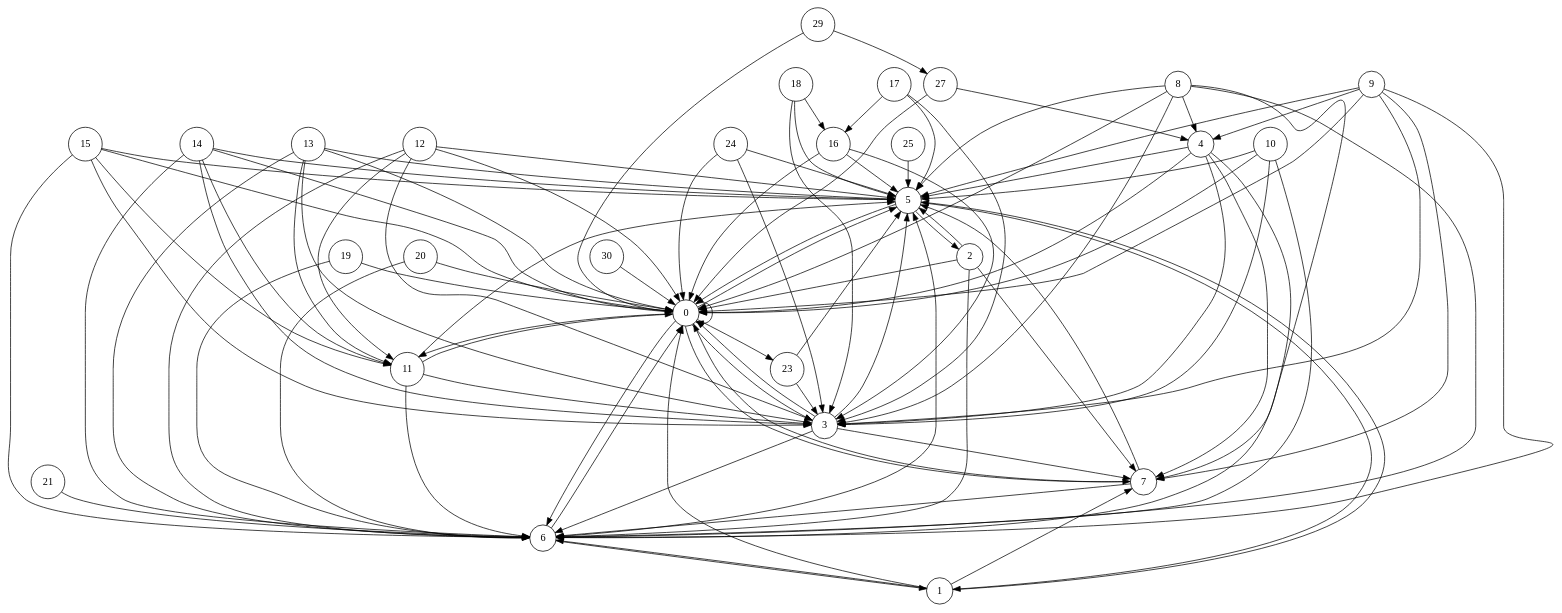
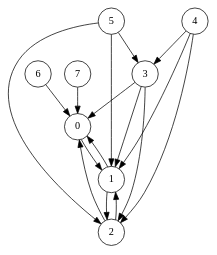
One commit to chris-wood/PL241-Compiler changed the diagram in project/caw001.txt.ig.dot. Above: the diagram before and after it, drawn with Graphviz. The commit also changed 7 other files, not shown here.

```diff
--- a/project/caw001.txt.ig.dot
+++ b/project/caw001.txt.ig.dot
@@ -1,101 +1,19 @@
 digraph interference_graph {
     node [shape = circle];
-25 -> 5;
-24 -> 3;
-24 -> 5;
-24 -> 0;
-0 -> 3;
-0 -> 5;
-0 -> 23;
-23 -> 3;
-23 -> 5;
-18 -> 16;
-18 -> 3;
-18 -> 5;
-17 -> 16;
-17 -> 3;
-17 -> 5;
-16 -> 0;
-16 -> 3;
-16 -> 5;
-12 -> 0;
-12 -> 3;
-12 -> 5;
-12 -> 11;
-0 -> 0;
-0 -> 11;
-21 -> 6;
-20 -> 0;
-20 -> 6;
-19 -> 0;
-19 -> 6;
-13 -> 0;
-13 -> 6;
-15 -> 0;
-15 -> 3;
-15 -> 5;
-15 -> 11;
-15 -> 6;
-14 -> 0;
-14 -> 3;
-14 -> 5;
-14 -> 11;
-14 -> 6;
-13 -> 3;
-13 -> 5;
-13 -> 11;
-12 -> 6;
-11 -> 0;
-11 -> 3;
-11 -> 5;
-11 -> 6;
-10 -> 0;
-10 -> 3;
-10 -> 5;
-10 -> 6;
+7 -> 0;
+6 -> 0;
 3 -> 0;
-3 -> 7;
-3 -> 5;
-3 -> 6;
+2 -> 1;
+2 -> 0;
+0 -> 1;
+5 -> 1;
+5 -> 2;
+5 -> 3;
+4 -> 1;
+4 -> 2;
+4 -> 3;
+3 -> 1;
+3 -> 2;
 1 -> 0;
-1 -> 7;
-1 -> 5;
-1 -> 6;
-0 -> 7;
-0 -> 6;
-30 -> 0;
-29 -> 0;
-29 -> 27;
-27 -> 4;
-27 -> 0;
-9 -> 0;
-9 -> 4;
-9 -> 3;
-9 -> 7;
-9 -> 5;
-9 -> 6;
-8 -> 0;
-8 -> 4;
-8 -> 3;
-8 -> 7;
-8 -> 5;
-8 -> 6;
-4 -> 0;
-4 -> 3;
-4 -> 7;
-4 -> 5;
-4 -> 6;
-2 -> 0;
-2 -> 7;
-2 -> 5;
-2 -> 6;
-7 -> 0;
-7 -> 5;
-7 -> 6;
-6 -> 0;
-6 -> 1;
-6 -> 5;
-5 -> 0;
-5 -> 2;
-5 -> 1;
+1 -> 2;
 }
```
